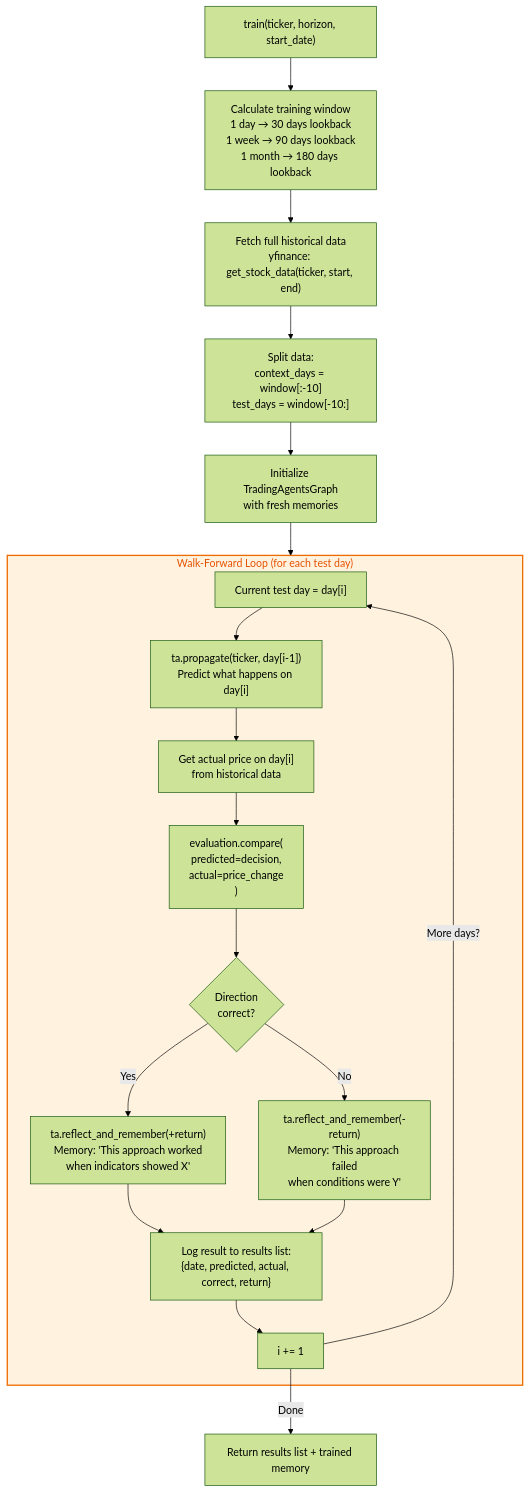
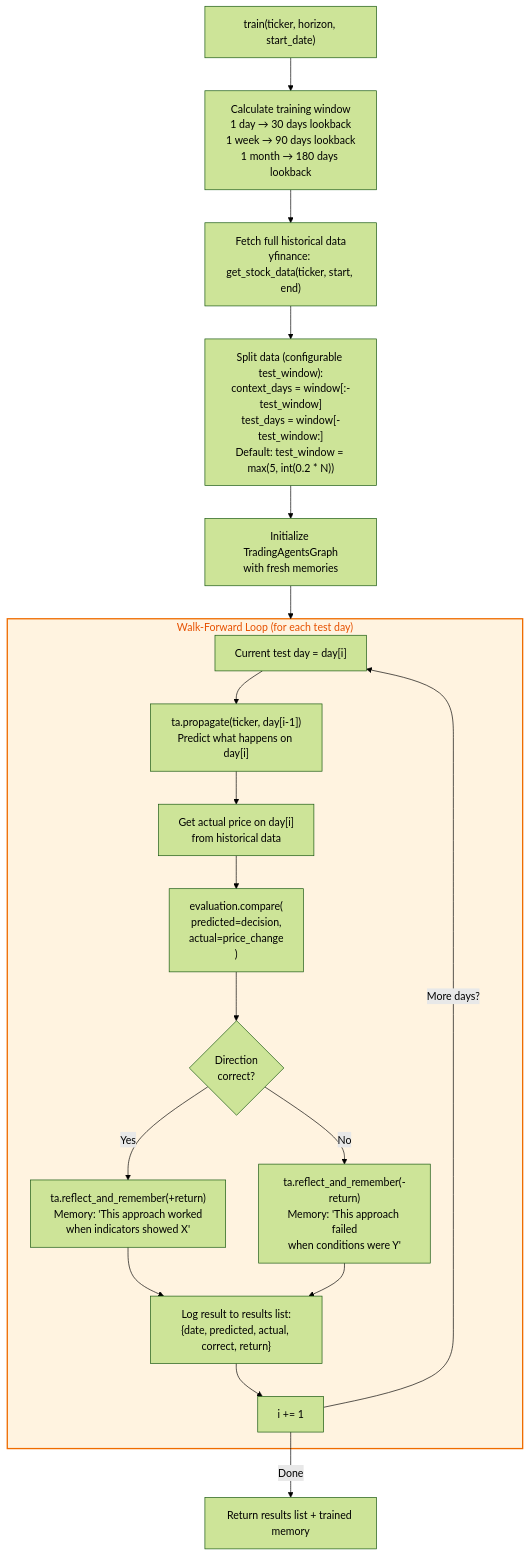
One commit to TauricResearch/TradingAgents changed the fifth of 12 diagrams in docs/proposals/RFC_AUTORESEARCH_INTRADAY.md. Above: the diagram before and after it, drawn with Mermaid (forest theme). The commit also changed other lines of this file and 1 other file, not shown here.

````diff
--- a/docs/proposals/RFC_AUTORESEARCH_INTRADAY.md
+++ b/docs/proposals/RFC_AUTORESEARCH_INTRADAY.md
@@ -254,37 +256,37 @@
 ```mermaid
 flowchart TD
     START["train(ticker, horizon, start_date)"]
 
     WINDOW["Calculate training window<br/>1 day → 30 days lookback<br/>1 week → 90 days lookback<br/>1 month → 180 days lookback"]
 
     FETCH["Fetch full historical data<br/>yfinance: get_stock_data(ticker, start, end)"]
 
-    SPLIT["Split data:<br/>context_days = window[:-10]<br/>test_days = window[-10:]"]
+    SPLIT["Split data (configurable test_window):<br/>context_days = window[:-test_window]<br/>test_days = window[-test_window:]<br/>Default: test_window = max(5, int(0.2 * N))"]
 
     INIT["Initialize TradingAgentsGraph<br/>with fresh memories"]
 
     subgraph LOOP["Walk-Forward Loop (for each test day)"]
         DAY_N["Current test day = day[i]"]
         PROPAGATE["ta.propagate(ticker, day[i-1])<br/>Predict what happens on day[i]"]
         GET_ACTUAL["Get actual price on day[i]<br/>from historical data"]
         COMPARE["evaluation.compare(<br/>  predicted=decision,<br/>  actual=price_change<br/>)"]
         CORRECT{"Direction<br/>correct?"}
         POSITIVE["ta.reflect_and_remember(+return)<br/>Memory: 'This approach worked<br/>when indicators showed X'"]
         NEGATIVE["ta.reflect_and_remember(-return)<br/>Memory: 'This approach failed<br/>when conditions were Y'"]
         LOG["Log result to results list:<br/>{date, predicted, actual, correct, return}"]
         NEXT["i += 1"]
 
         DAY_N --> PROPAGATE --> GET_ACTUAL --> COMPARE --> CORRECT
         CORRECT -->|"Yes"| POSITIVE --> LOG
         CORRECT -->|"No"| NEGATIVE --> LOG
         LOG --> NEXT
         NEXT -->|"More days?"| DAY_N
     end
 
     RETURN["Return results list + trained memory"]
 
     START --> WINDOW --> FETCH --> SPLIT --> INIT --> LOOP
     NEXT -->|"Done"| RETURN
 
     style LOOP fill:#fff3e0,stroke:#ef6c00,stroke-width:2px,color:#e65100
 ```
````
